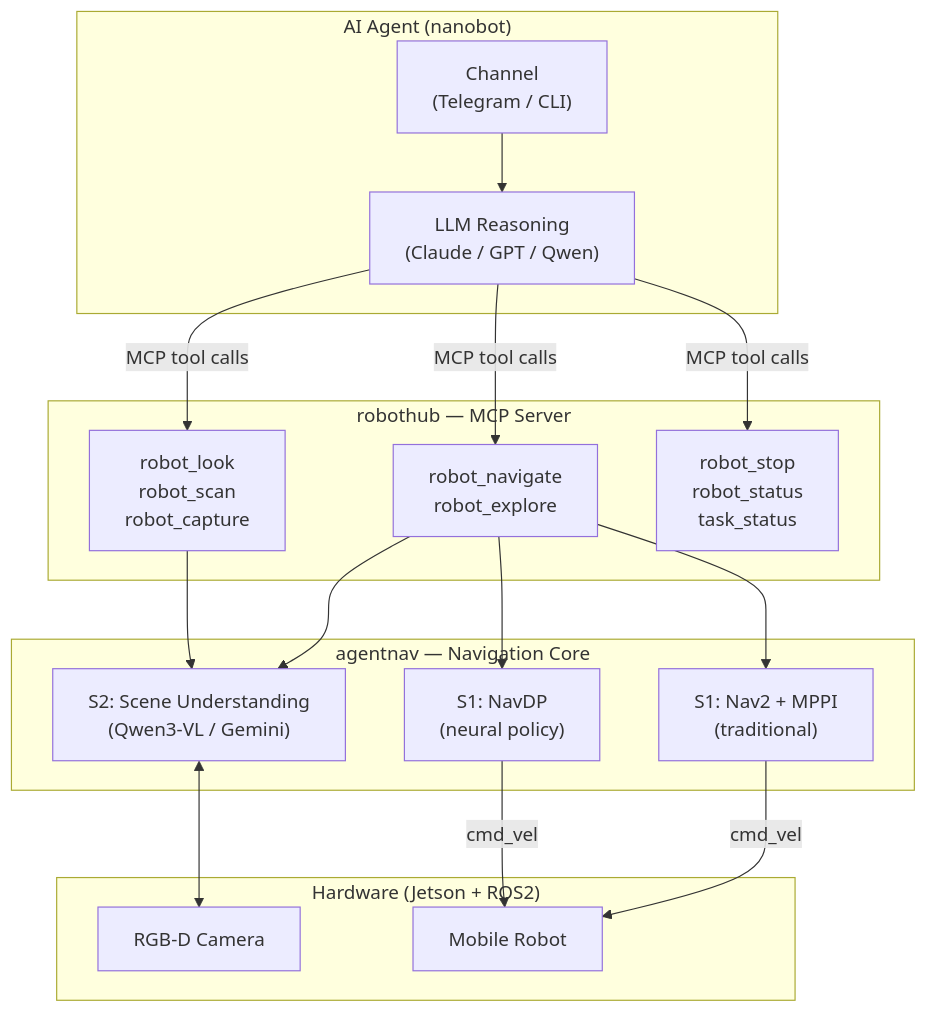
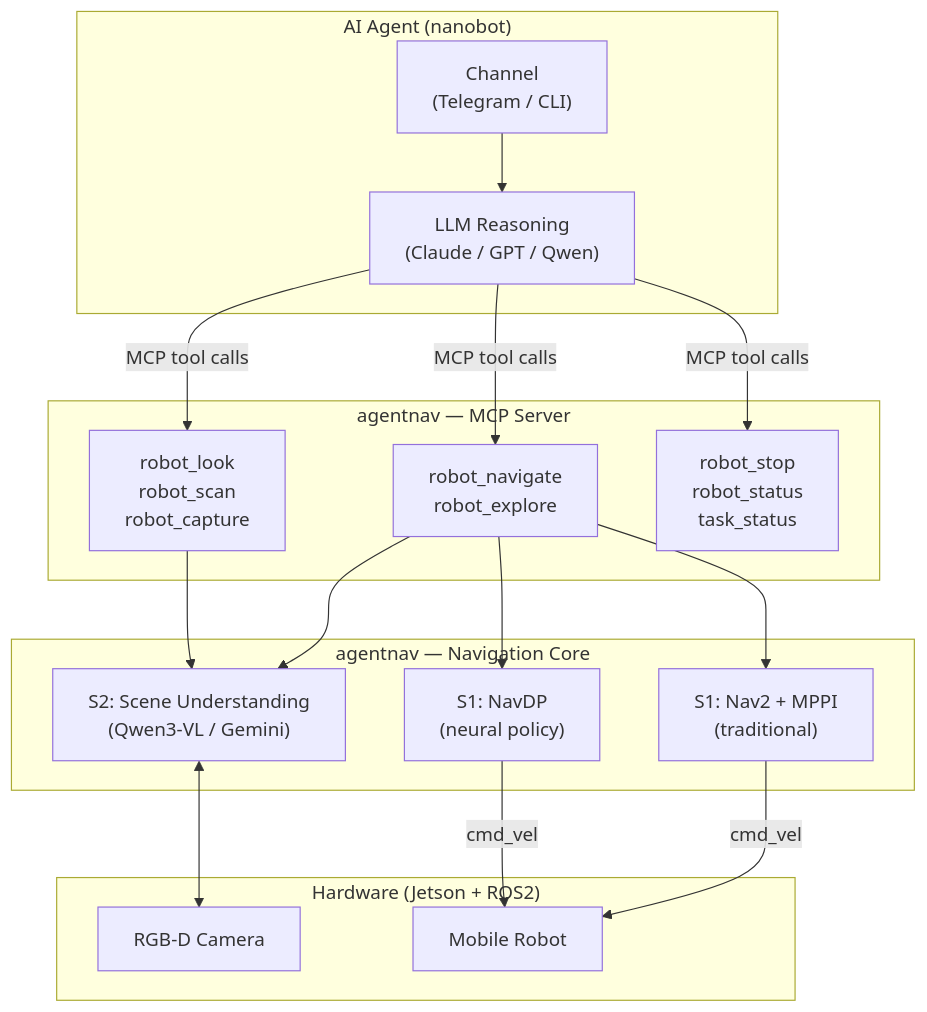
One commit to TingdeLiu/AgentNav changed the diagram in README.md. Above: the diagram before and after it, drawn with Mermaid. The commit also changed other lines of this file and 16 other files, not shown here.

````diff
--- a/README.md
+++ b/README.md
@@ -65,31 +65,31 @@
 ```mermaid
 graph TB
     subgraph Agent["AI Agent (nanobot)"]
         LLM["LLM Reasoning\n(Claude / GPT / Qwen)"]
         CHAN["Channel\n(Telegram / CLI)"]
     end
 
-    subgraph RoboHub["robothub — MCP Server"]
+    subgraph RoboHub["agentnav — MCP Server"]
         LOOK["robot_look\nrobot_scan\nrobot_capture"]
         NAV["robot_navigate\nrobot_explore"]
         CTRL["robot_stop\nrobot_status\ntask_status"]
     end
 
     subgraph Core["agentnav — Navigation Core"]
         S2["S2: Scene Understanding\n(Qwen3-VL / Gemini)"]
         S1A["S1: NavDP\n(neural policy)"]
         S1B["S1: Nav2 + MPPI\n(traditional)"]
     end
 
     subgraph HW["Hardware (Jetson + ROS2)"]
         CAM["RGB-D Camera"]
         ROBOT["Mobile Robot"]
     end
 
     CHAN --> LLM
     LLM -->|MCP tool calls| LOOK & NAV & CTRL
     LOOK & NAV --> S2
     NAV --> S1A & S1B
     S2 <--> CAM
     S1A & S1B -->|cmd_vel| ROBOT
 ```
````
